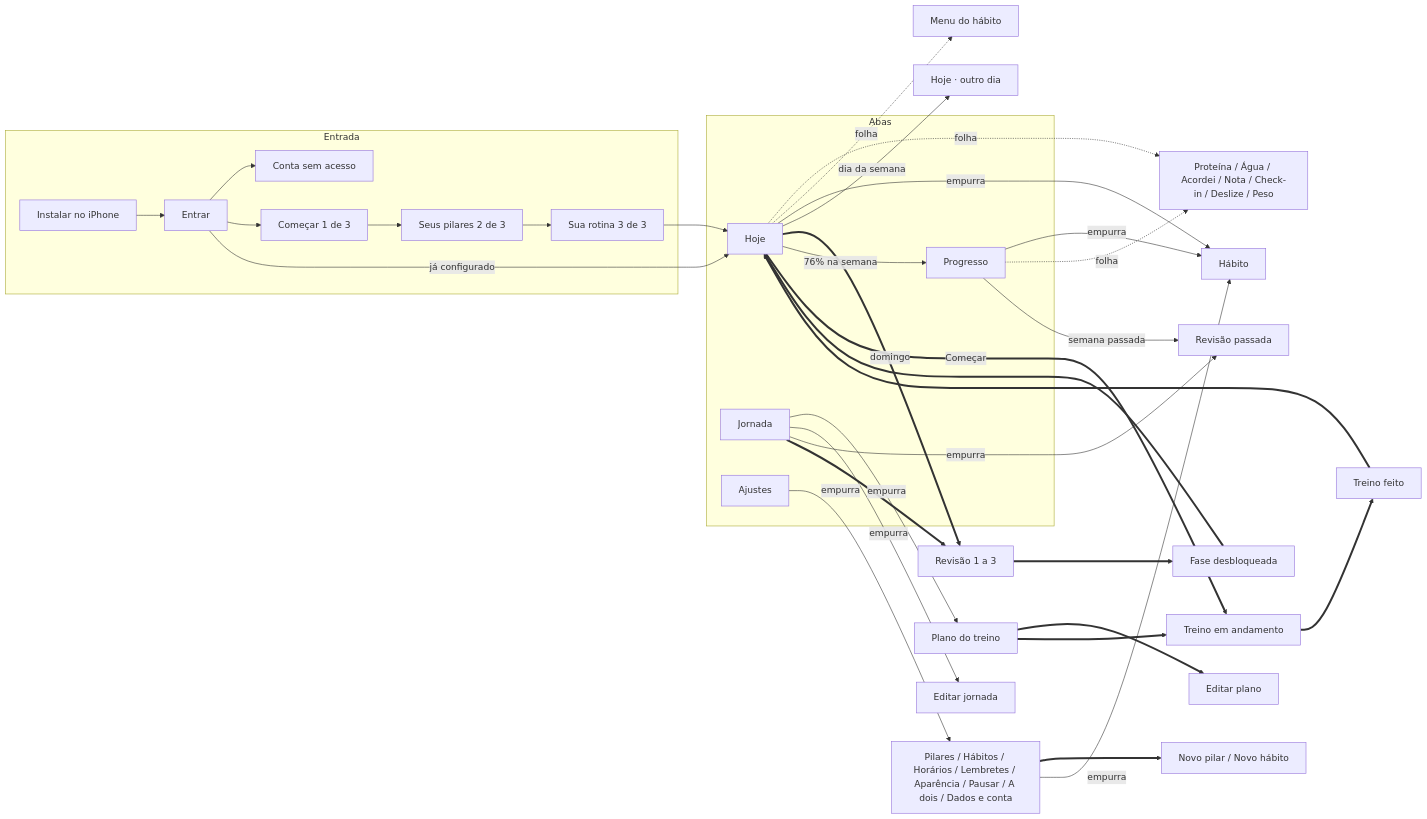
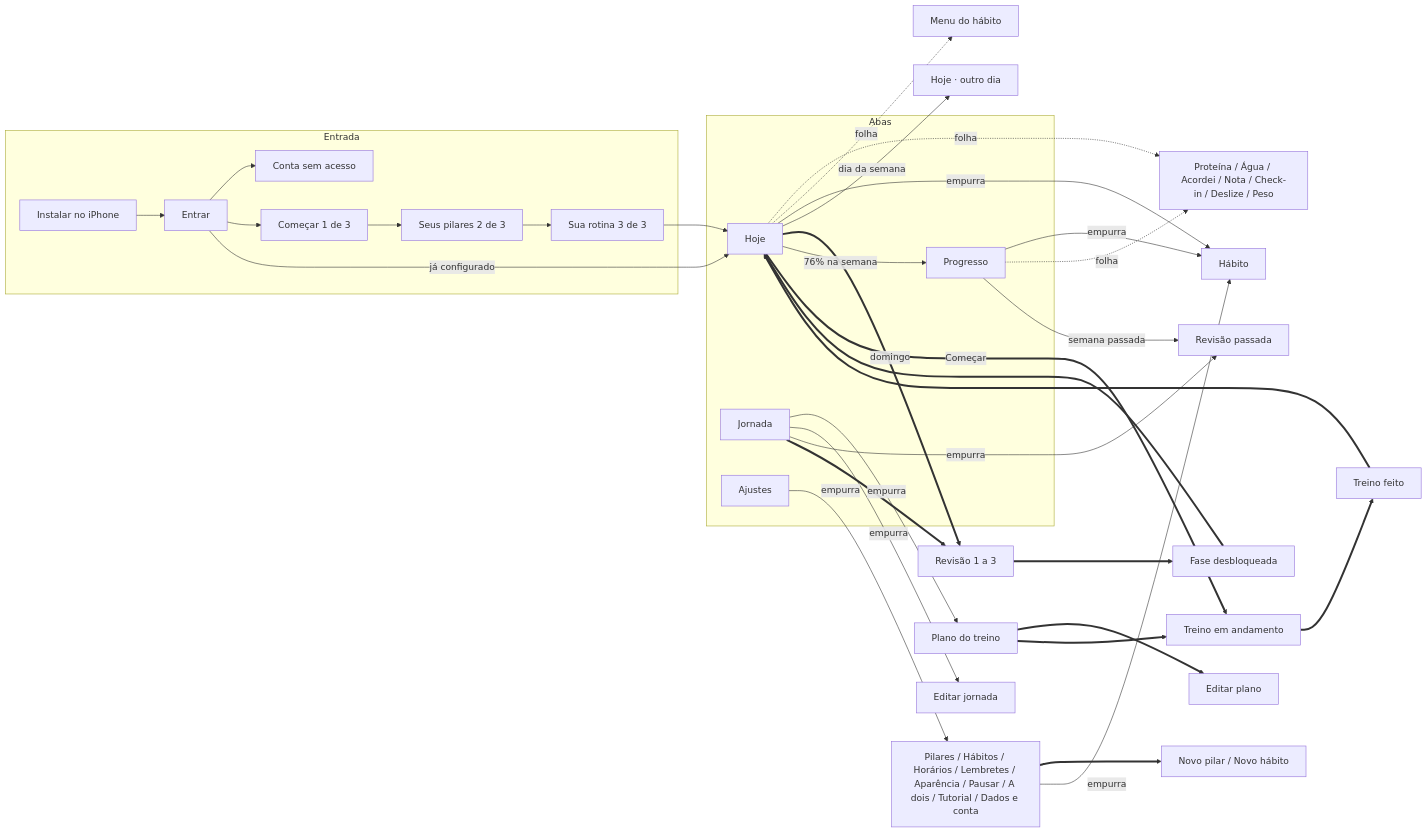
The diagram in docs/interacao/navegacao.md (hederrico/Prokope), drawn with Mermaid before and after one commit. The commit also changed other lines of this file and 38 other files, not shown here.

````diff
--- a/docs/interacao/navegacao.md
+++ b/docs/interacao/navegacao.md
@@ -7,43 +7,43 @@
 ```mermaid
 flowchart LR
   subgraph Entrada
     INS[Instalar no iPhone] --> ENT[Entrar]
     ENT --> SEM[Conta sem acesso]
     ENT --> C1[Começar 1 de 3] --> C2[Seus pilares 2 de 3] --> C3[Sua rotina 3 de 3]
   end
 
   subgraph Abas
     HOJE[Hoje]
     PROG[Progresso]
     JOR[Jornada]
     AJU[Ajustes]
   end
 
   C3 --> HOJE
   ENT -->|já configurado| HOJE
 
   HOJE -. folha .-> F1[Proteína / Água / Acordei / Nota / Check-in / Deslize / Peso]
   HOJE -. folha .-> MENU[Menu do hábito]
   HOJE -->|empurra| HAB[Hábito]
   HOJE -->|dia da semana| DIA[Hoje · outro dia]
   HOJE ==>|domingo| REV[Revisão 1 a 3]
 
   HOJE -->|76% na semana| PROG
 
   PROG -->|empurra| HAB
   PROG -. folha .-> F1
   PROG -->|semana passada| RP
 
   JOR -->|empurra| PLANO[Plano do treino]
   JOR -->|empurra| EF[Editar jornada]
   JOR -->|empurra| RP[Revisão passada]
   PLANO ==> EPL[Editar plano]
   PLANO ==> CORR[Treino em andamento] ==> TF[Treino feito] ==> HOJE
   HOJE ==>|Começar| CORR
   JOR ==> REV
   REV ==> FASE[Fase desbloqueada] ==> HOJE
 
-  AJU -->|empurra| AJ2[Pilares / Hábitos / Horários / Lembretes / Aparência / Pausar / A dois / Dados e conta]
+  AJU -->|empurra| AJ2[Pilares / Hábitos / Horários / Lembretes / Aparência / Pausar / A dois / Tutorial / Dados e conta]
   AJ2 ==> NOVO[Novo pilar / Novo hábito]
   AJ2 -->|empurra| HAB
 ```
````
